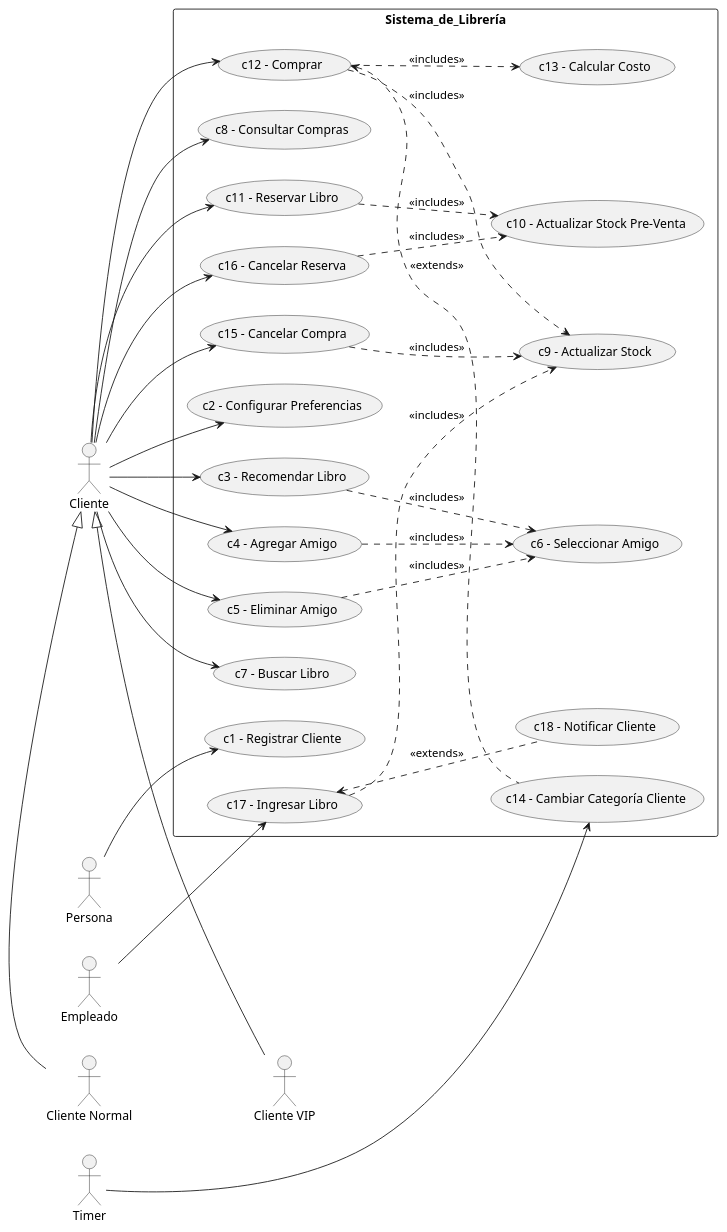
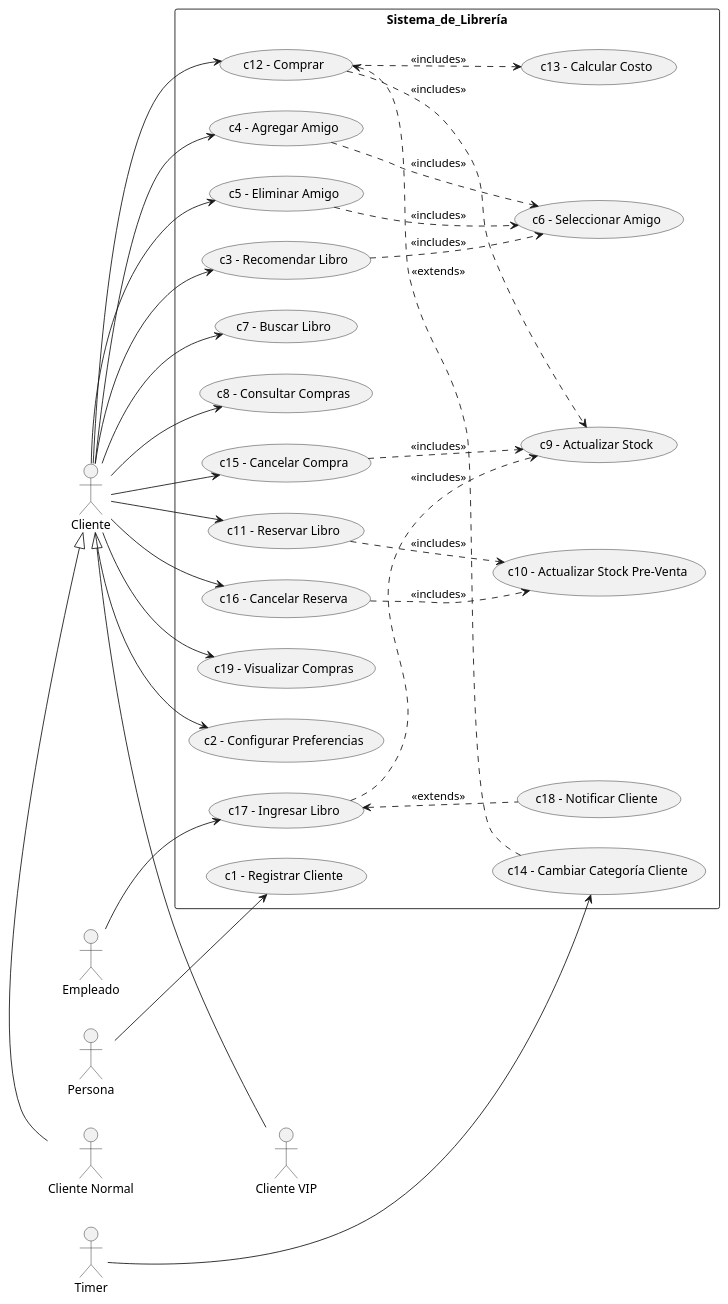
The diagram in tp1/casos-de-uso.plantuml (pablodanielrey/dsbm), drawn with PlantUML before and after one commit. The commit also changed 1 other file, not shown here.

```diff
--- a/tp1/casos-de-uso.plantuml
+++ b/tp1/casos-de-uso.plantuml
@@ -1,85 +1,87 @@
 @startuml
 left to right direction
 skinparam packageStyle rectangle
 
 together {
 
     :Persona: as p
     :Empleado: as e
     :Timer: as t
     :Cliente: as c
 
     t -[hidden]l- c
 
     together {
         :Cliente VIP: as vc
         :Cliente Normal: as cn
         cn -[hidden]- vc
         vc -|> c
         cn -|> c
     }
     
 }
 
 rectangle Sistema_de_Librería {
     (c1 - Registrar Cliente) as c1
     (c2 - Configurar Preferencias) as c2
 
     (c3 - Recomendar Libro) as c3
     (c4 - Agregar Amigo) as c4
     (c5 - Eliminar Amigo) as c5
     (c6 - Seleccionar Amigo) as c6
     c4 ..> c6 :<<includes>>
     c5 ..> c6 :<<includes>>
     c3 ..> c6 :<<includes>>
 
     (c7 - Buscar Libro) as c7
     (c8 - Consultar Compras) as c8
 
     (c9 - Actualizar Stock) as c9
     (c10 - Actualizar Stock Pre-Venta) as c10
     (c11 - Reservar Libro) as c11
     together {
         (c12 - Comprar) as c12 
         (c13 - Calcular Costo) as c13
     }
 
     (c14 - Cambiar Categoría Cliente) as c14
 
     (c15 - Cancelar Compra) as c15
     (c16 - Cancelar Reserva) as c16
 
 
     (c17 - Ingresar Libro) as c17
     (c18 - Notificar Cliente) as c18
+    (c19 - Visualizar Compras) as c19
 }
 
 c12 <.. c14 :<<extends>>
 c12 ..> c9 :<<includes>>
 c12 ..> c13 :<<includes>>
 
 c17 ..> c9 :<<includes>>
 
 c15 ..> c9 :<<includes>>
 c11 ..> c10 : <<includes>>
 c16 ..> c10: <<includes>>
 
 t --> c14
 p --> c1
 e --> c17
 c --> c2
 c --> c3
 c --> c4
 c --> c5
 c --> c7
 c --> c12
 c --> c8
 c --> c15
 c --> c11
 c --> c16
+c --> c19
 
 
 c17 <.. c18 :<<extends>>
 
 
 @enduml
```
